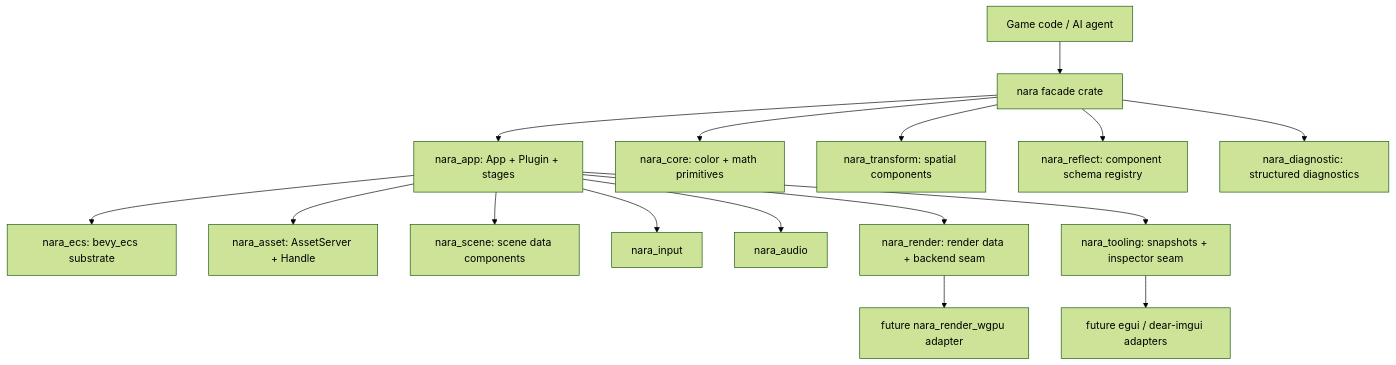
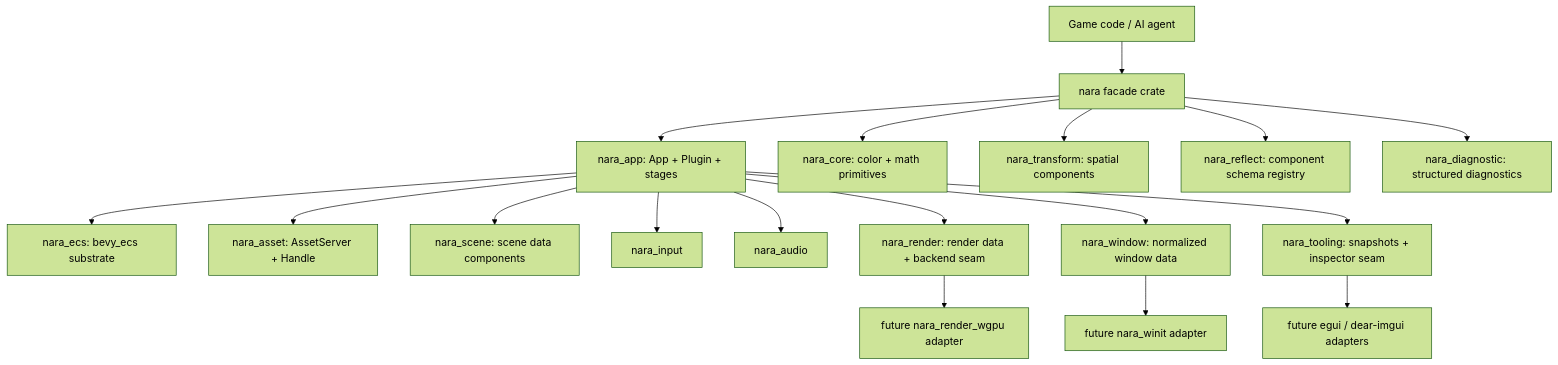
Before and after one commit to Latias94/nara: the first of 2 diagrams in docs/architecture/nara-foundation.md, drawn with Mermaid (forest theme). The commit also changed other lines of this file and 6 other files, not shown here.

Commit message:
docs(architecture): define render backend integration boundary

````diff
--- a/docs/architecture/nara-foundation.md
+++ b/docs/architecture/nara-foundation.md
@@ -37,18 +37,20 @@
 ```mermaid
 flowchart TD
     User[Game code / AI agent] --> Facade[nara facade crate]
     Facade --> App[nara_app: App + Plugin + stages]
     App --> ECS[nara_ecs: bevy_ecs substrate]
     Facade --> Core[nara_core: color + math primitives]
     Facade --> Transform[nara_transform: spatial components]
     Facade --> Reflect[nara_reflect: component schema registry]
     Facade --> Diagnostic[nara_diagnostic: structured diagnostics]
     App --> Asset[nara_asset: AssetServer + Handle]
     App --> Scene[nara_scene: scene data components]
     App --> Input[nara_input]
     App --> Audio[nara_audio]
     App --> Render[nara_render: render data + backend seam]
+    App --> Window[nara_window: normalized window data]
+    Window --> WinitAdapter[future nara_winit adapter]
     App --> Tooling[nara_tooling: snapshots + inspector seam]
     Render --> WgpuAdapter[future nara_render_wgpu adapter]
     Tooling --> DebugUi[future egui / dear-imgui adapters]
 ```
````
